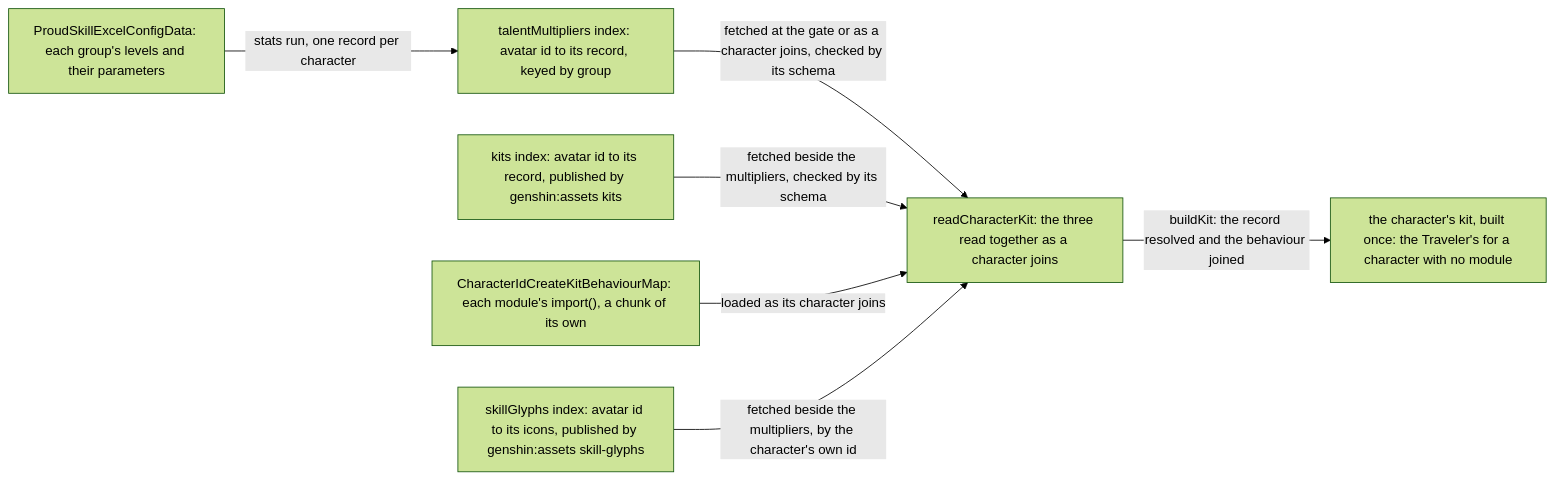
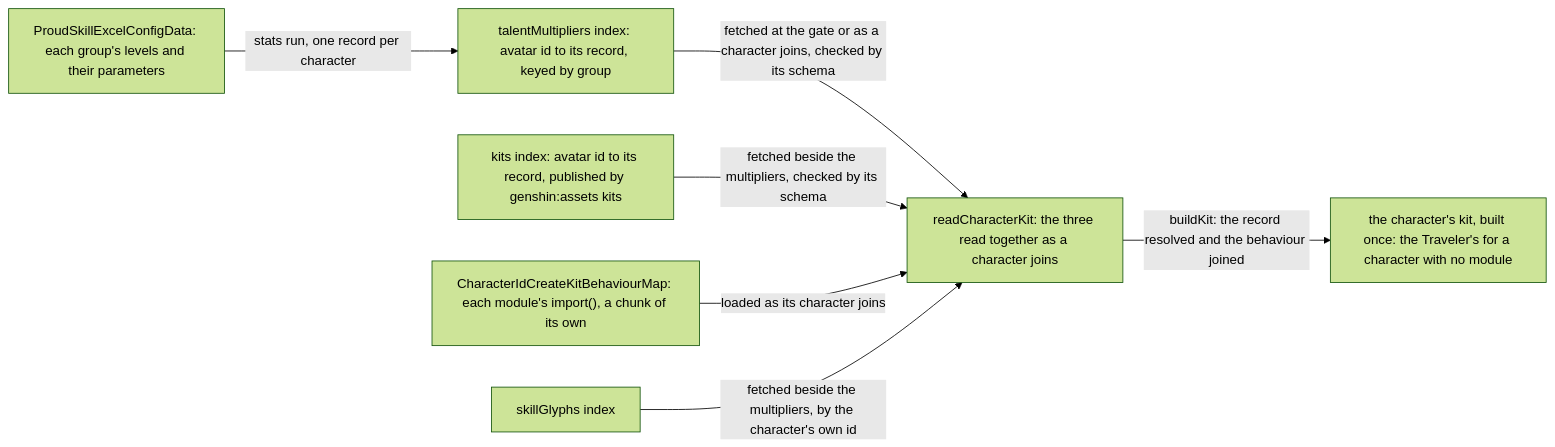
Before and after one commit to Esposter/Esposter: the second of 5 diagrams in openspec/specs/genshin/kits/README.md, drawn with Mermaid (forest theme). The commit also changed other lines of this file and 13 other files, not shown here.

````diff
--- a/openspec/specs/genshin/kits/README.md
+++ b/openspec/specs/genshin/kits/README.md
@@ -27,9 +27,9 @@
 ```mermaid
 flowchart LR
   P["ProudSkillExcelConfigData: each group's levels and their parameters"] -->|"stats run, one record per character"| M["talentMultipliers index: avatar id to its record, keyed by group"]
   M -->|"fetched at the gate or as a character joins, checked by its schema"| R["readCharacterKit: the three read together as a character joins"]
   K["kits index: avatar id to its record, published by genshin:assets kits"] -->|"fetched beside the multipliers, checked by its schema"| R
   C["CharacterIdCreateKitBehaviourMap: each module's import(), a chunk of its own"] -->|"loaded as its character joins"| R
-  G["skillGlyphs index: avatar id to its icons, published by genshin:assets skill-glyphs"] -->|"fetched beside the multipliers, by the character's own id"| R
+  G["skillGlyphs index"] -->|"fetched beside the multipliers, by the character's own id"| R
   R -->|"buildKit: the record resolved and the behaviour joined"| T["the character's kit, built once: the Traveler's for a character with no module"]
 ```
````
